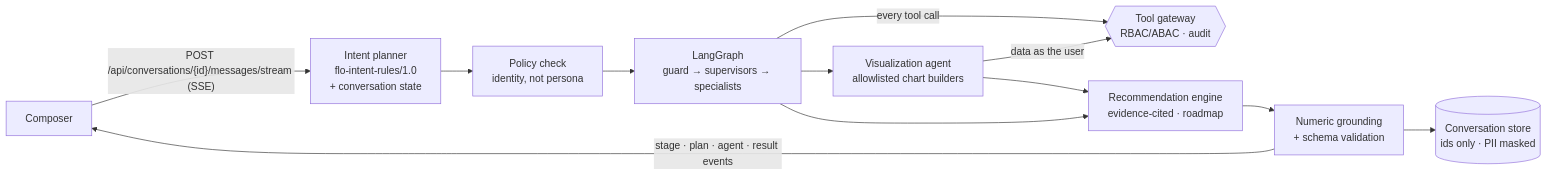
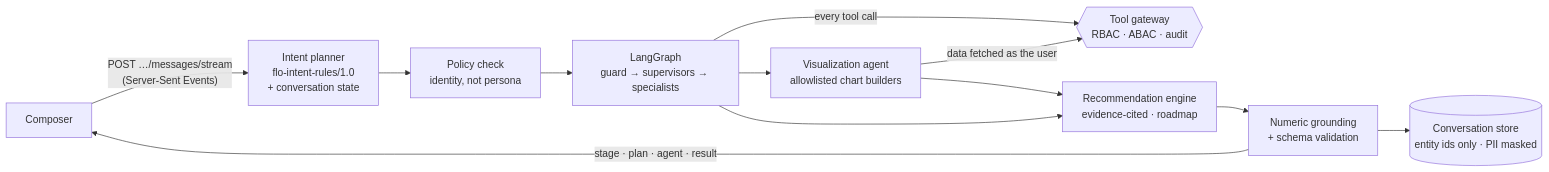
One commit to florina787/Data-sets changed the first of 7 diagrams in flo-enterprise/README.md. Above: the diagram before and after it, drawn with Mermaid. The commit also changed other lines of this file and 67 other files, not shown here.

````diff
--- a/flo-enterprise/README.md
+++ b/flo-enterprise/README.md
@@ -83,13 +190,13 @@
 ```mermaid
 flowchart LR
-  U[Composer] -- "POST /api/conversations/{id}/messages/stream (SSE)" --> I[Intent planner<br/>flo-intent-rules/1.0<br/>+ conversation state]
-  I --> P[Policy check<br/>identity, not persona]
-  P --> G[LangGraph<br/>guard → supervisors → specialists]
-  G -- "every tool call" --> GW{{Tool gateway<br/>RBAC/ABAC · audit}}
-  G --> V[Visualization agent<br/>allowlisted chart builders]
-  V -- "data as the user" --> GW
-  G & V --> R[Recommendation engine<br/>evidence-cited · roadmap]
-  R --> X[Numeric grounding<br/>+ schema validation]
-  X --> S[(Conversation store<br/>ids only · PII masked)]
-  X -- "stage · plan · agent · result events" --> U
+  U["Composer"] -- "POST …/messages/stream<br/>(Server-Sent Events)" --> I["Intent planner<br/>flo-intent-rules/1.0<br/>+ conversation state"]
+  I --> P["Policy check<br/>identity, not persona"]
+  P --> G["LangGraph<br/>guard → supervisors → specialists"]
+  G -- "every tool call" --> GW{{"Tool gateway<br/>RBAC · ABAC · audit"}}
+  G --> V["Visualization agent<br/>allowlisted chart builders"]
+  V -- "data fetched as the user" --> GW
+  G & V --> R["Recommendation engine<br/>evidence-cited · roadmap"]
+  R --> X["Numeric grounding<br/>+ schema validation"]
+  X --> S[("Conversation store<br/>entity ids only · PII masked")]
+  X -- "stage · plan · agent · result" --> U
 ```
````
